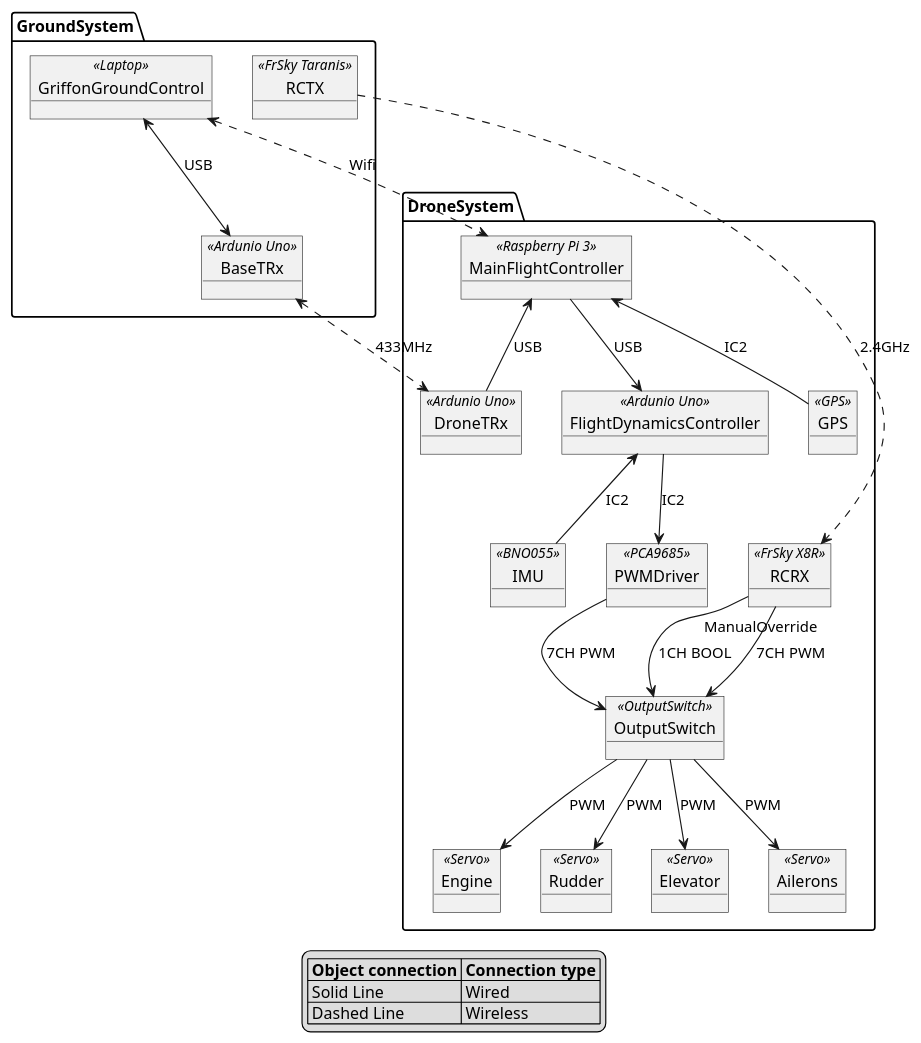
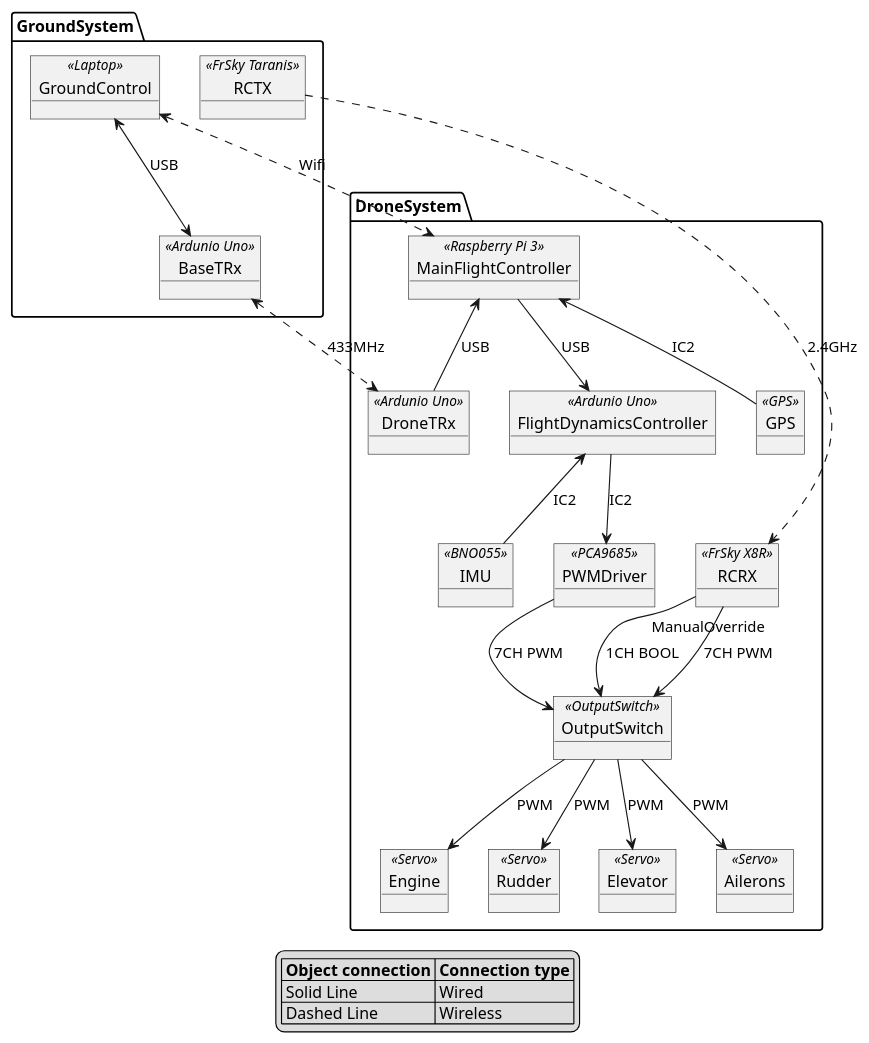
One commit to NinjaWazzzabi/project-griffon changed the diagram in documents/system-overview.plantuml. Above: the diagram before and after it, drawn with PlantUML. The commit also changed 4 other files, not shown here.

```diff
--- a/documents/system-overview.plantuml
+++ b/documents/system-overview.plantuml
@@ -1,55 +1,55 @@
 @startuml
 
 legend
 |= Object connection |= Connection type |
 | Solid Line | Wired |
 | Dashed Line | Wireless |
 endlegend
 
 package DroneSystem {
     object MainFlightController <<Raspberry Pi 3>>
     object DroneTRx <<Ardunio Uno>>
     object FlightDynamicsController <<Ardunio Uno>>
     object IMU <<BNO055>>
     object PWMDriver <<PCA9685>>
     object OutputSwitch <<OutputSwitch>>
     object RCRX <<FrSky X8R>>
     object GPS <<GPS>>
 
     MainFlightController --> FlightDynamicsController : USB
     MainFlightController <-- GPS : IC2
     MainFlightController <-- DroneTRx : USB
 
     FlightDynamicsController <-- IMU : IC2
     FlightDynamicsController --> PWMDriver : IC2
 
     PWMDriver --> OutputSwitch : 7CH PWM
     RCRX --> OutputSwitch : 7CH PWM
     RCRX "ManualOverride" --> OutputSwitch : 1CH BOOL
 
 
     object Engine <<Servo>>
     object Rudder <<Servo>>
     object Elevator <<Servo>>
     object Ailerons <<Servo>>
 
     OutputSwitch --> Engine : PWM
     OutputSwitch --> Rudder : PWM
     OutputSwitch --> Elevator : PWM
     OutputSwitch --> Ailerons : PWM
 }
 
 package GroundSystem {
-    object GriffonGroundControl <<Laptop>>
+    object GroundControl <<Laptop>>
     object RCTX <<FrSky Taranis>>
     object BaseTRx <<Ardunio Uno>>
 
-    GriffonGroundControl <--> BaseTRx : USB
+    GroundControl <--> BaseTRx : USB
     
 }
 
-GriffonGroundControl <..> MainFlightController : Wifi
+GroundControl <..> MainFlightController : Wifi
 RCTX ..> RCRX : 2.4GHz
 BaseTRx <..> DroneTRx : 433MHz
 
 @enduml
```
